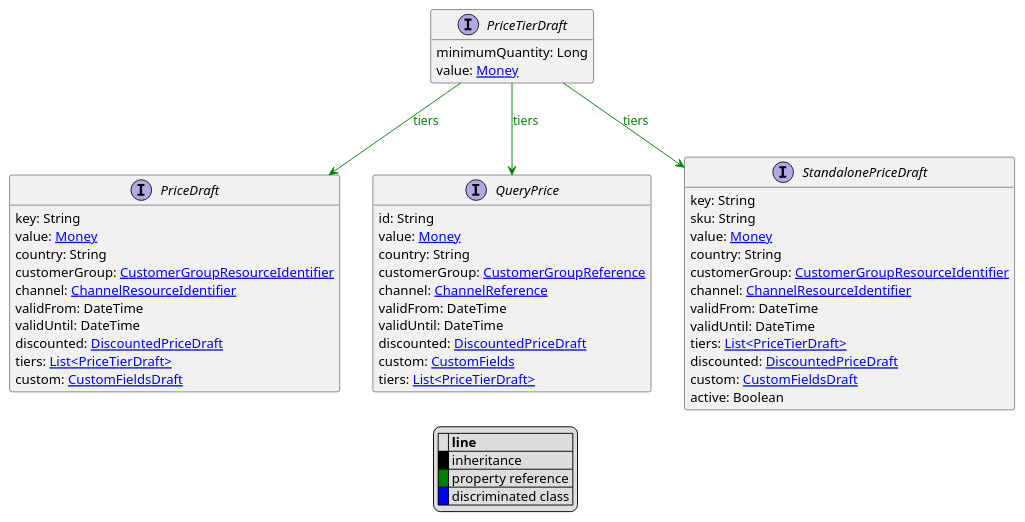
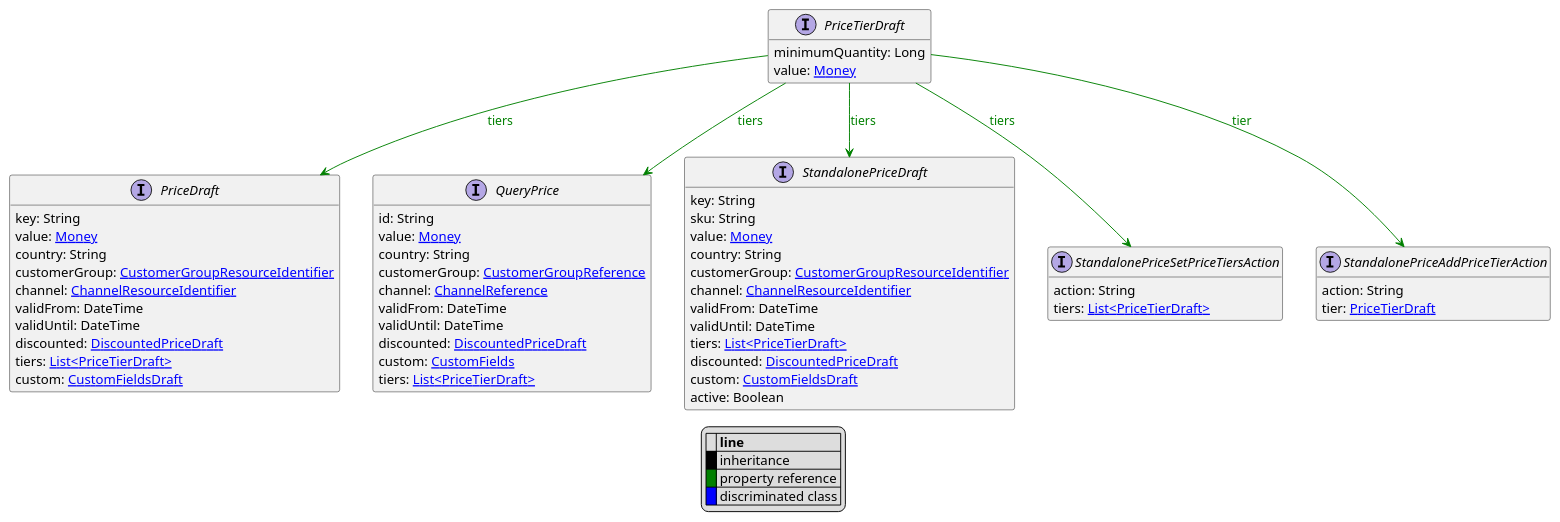
Before and after one commit to commercetools/commercetools-api-reference: the diagram in uml/api/PriceTierDraft.puml, drawn with PlantUML. The commit also changed 30 other files, not shown here.

```diff
--- a/uml/api/PriceTierDraft.puml
+++ b/uml/api/PriceTierDraft.puml
@@ -1,60 +1,70 @@
 @startuml
 
 hide empty fields
 hide empty methods
 legend
 |= |= line |
 |<back:black>   </back>| inheritance |
 |<back:green>   </back>| property reference |
 |<back:blue>   </back>| discriminated class |
 endlegend
 interface PriceTierDraft [[PriceTierDraft.svg]]  {
     minimumQuantity: Long
     value: [[Money.svg Money]]
 }
 
 
 
 interface PriceDraft [[PriceDraft.svg]]  {
     key: String
     value: [[Money.svg Money]]
     country: String
     customerGroup: [[CustomerGroupResourceIdentifier.svg CustomerGroupResourceIdentifier]]
     channel: [[ChannelResourceIdentifier.svg ChannelResourceIdentifier]]
     validFrom: DateTime
     validUntil: DateTime
     discounted: [[DiscountedPriceDraft.svg DiscountedPriceDraft]]
     tiers: [[PriceTierDraft.svg List<PriceTierDraft>]]
     custom: [[CustomFieldsDraft.svg CustomFieldsDraft]]
 }
 interface QueryPrice [[QueryPrice.svg]]  {
     id: String
     value: [[Money.svg Money]]
     country: String
     customerGroup: [[CustomerGroupReference.svg CustomerGroupReference]]
     channel: [[ChannelReference.svg ChannelReference]]
     validFrom: DateTime
     validUntil: DateTime
     discounted: [[DiscountedPriceDraft.svg DiscountedPriceDraft]]
     custom: [[CustomFields.svg CustomFields]]
     tiers: [[PriceTierDraft.svg List<PriceTierDraft>]]
 }
 interface StandalonePriceDraft [[StandalonePriceDraft.svg]]  {
     key: String
     sku: String
     value: [[Money.svg Money]]
     country: String
     customerGroup: [[CustomerGroupResourceIdentifier.svg CustomerGroupResourceIdentifier]]
     channel: [[ChannelResourceIdentifier.svg ChannelResourceIdentifier]]
     validFrom: DateTime
     validUntil: DateTime
     tiers: [[PriceTierDraft.svg List<PriceTierDraft>]]
     discounted: [[DiscountedPriceDraft.svg DiscountedPriceDraft]]
     custom: [[CustomFieldsDraft.svg CustomFieldsDraft]]
     active: Boolean
 }
+interface StandalonePriceSetPriceTiersAction [[StandalonePriceSetPriceTiersAction.svg]]  {
+    action: String
+    tiers: [[PriceTierDraft.svg List<PriceTierDraft>]]
+}
+interface StandalonePriceAddPriceTierAction [[StandalonePriceAddPriceTierAction.svg]]  {
+    action: String
+    tier: [[PriceTierDraft.svg PriceTierDraft]]
+}
 
 PriceTierDraft --> PriceDraft #green;text:green : "tiers"
 PriceTierDraft --> QueryPrice #green;text:green : "tiers"
 PriceTierDraft --> StandalonePriceDraft #green;text:green : "tiers"
+PriceTierDraft --> StandalonePriceSetPriceTiersAction #green;text:green : "tiers"
+PriceTierDraft --> StandalonePriceAddPriceTierAction #green;text:green : "tier"
 @enduml
```
